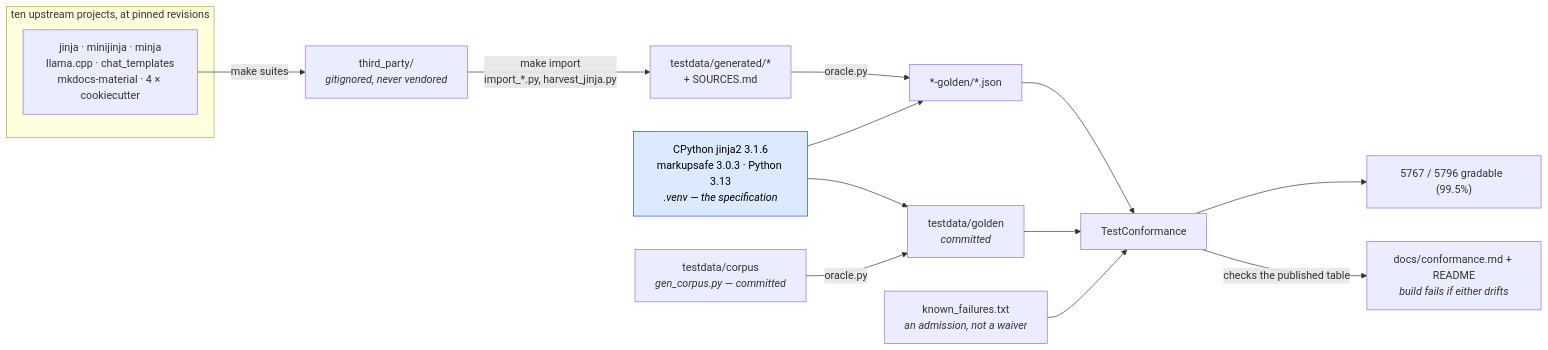
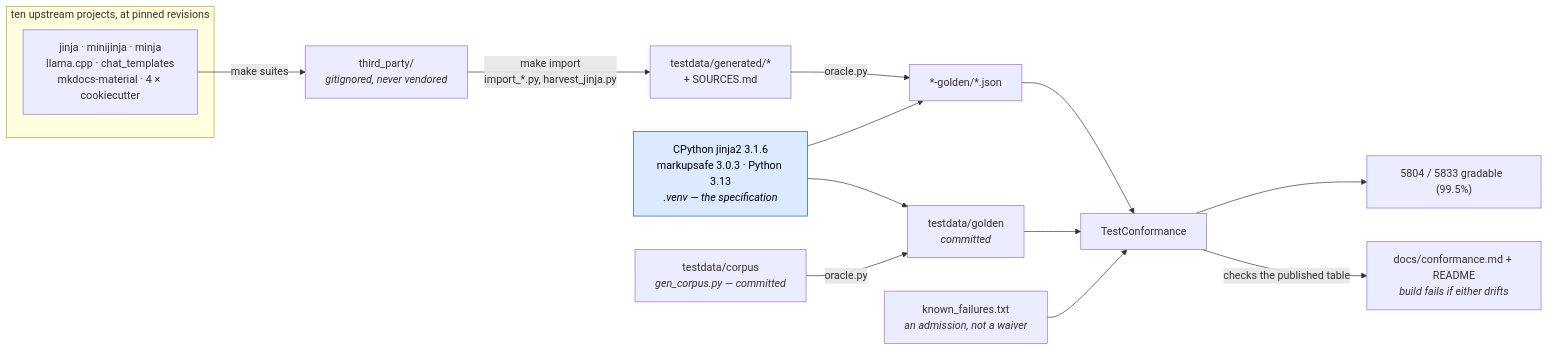
One commit to mgilbir/gojja2 changed the first of 2 diagrams in docs/conformance.md. Above: the diagram before and after it, drawn with Mermaid. The commit also changed other lines of this file and 172 other files, not shown here.

````diff
--- a/docs/conformance.md
+++ b/docs/conformance.md
@@ -17,24 +17,24 @@
 ```mermaid
 flowchart LR
     subgraph up["ten upstream projects, at pinned revisions"]
         U1["jinja · minijinja · minja<br/>llama.cpp · chat_templates<br/>mkdocs-material · 4 × cookiecutter"]
     end
     U1 -->|"make suites"| TP["third_party/<br/><i>gitignored, never vendored</i>"]
     TP -->|"make import<br/>import_*.py, harvest_jinja.py"| GEN["testdata/generated/*<br/>+ SOURCES.md"]
 
     ORA["CPython jinja2 3.1.6<br/>markupsafe 3.0.3 · Python 3.13<br/><i>.venv — the specification</i>"]
     GEN -->|"oracle.py"| G2["*-golden/*.json"]
     ORA --> G2
 
     OWN["testdata/corpus<br/><i>gen_corpus.py — committed</i>"] -->|"oracle.py"| G1["testdata/golden<br/><i>committed</i>"]
     ORA --> G1
 
     G1 --> TC["TestConformance"]
     G2 --> TC
     KF["known_failures.txt<br/><i>an admission, not a waiver</i>"] --> TC
-    TC --> RATE["5767 / 5796 gradable  (99.5%)"]
+    TC --> RATE["5804 / 5833 gradable  (99.5%)"]
     TC -->|"checks the published table"| RM["docs/conformance.md + README<br/><i>build fails if either drifts</i>"]
 
     classDef spec fill:#dbeafe,stroke:#1d4ed8,color:#000
     class ORA spec
 ```
````
